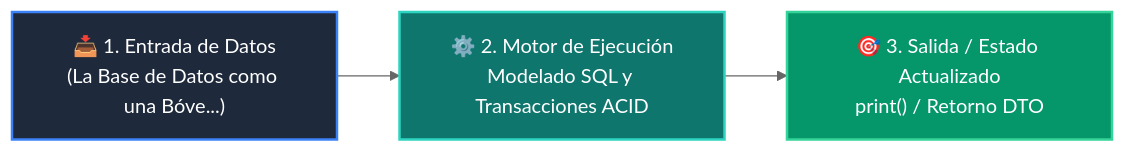
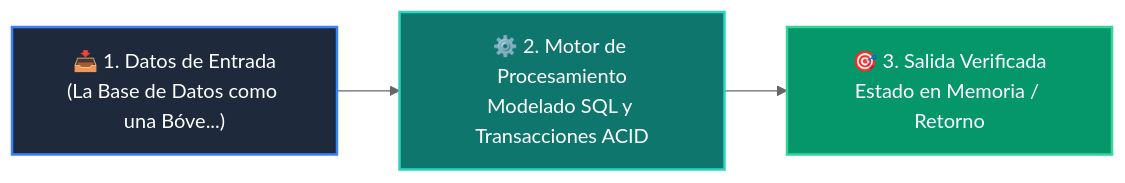
Before and after one commit to wisrovi/wisrovi-python: the diagram in 04-proyecto-final/clase-03-persistencia-sql-transacciones/README.md, drawn with Mermaid (neutral theme). The commit also changed other lines of this file and 226 other files, not shown here.

Commit message:
docs: elevate all repository READMEs to world-class mastery standard with rich pedagogical architecture, custom Mermaids, and professional styling

````diff
--- a/04-proyecto-final/clase-03-persistencia-sql-transacciones/README.md
+++ b/04-proyecto-final/clase-03-persistencia-sql-transacciones/README.md
@@ -12,9 +26,9 @@
 ```mermaid
 flowchart LR
-    A["📥 1. Entrada de Datos<br/>(La Base de Datos como una Bóve...)"] --> B["⚙️ 2. Motor de Ejecución<br/>Modelado SQL y Transacciones ACID"]
-    B --> C["🎯 3. Salida / Estado Actualizado<br/>print() / Retorno DTO"]
+    IN["📥 1. Datos de Entrada<br/>(La Base de Datos como una Bóve...)"] --> ENG["⚙️ 2. Motor de Procesamiento<br/>Modelado SQL y Transacciones ACID"]
+    ENG --> OUT["🎯 3. Salida Verificada<br/>Estado en Memoria / Retorno"]
 
-    style A fill:#1e293b,color:#ffffff,stroke:#3b82f6,stroke-width:2px
-    style B fill:#0f766e,color:#ffffff,stroke:#2dd4bf,stroke-width:2px
-    style C fill:#059669,color:#ffffff,stroke:#34d399,stroke-width:2px
+    style IN fill:#1e293b,color:#ffffff,stroke:#3b82f6,stroke-width:2px
+    style ENG fill:#0f766e,color:#ffffff,stroke:#2dd4bf,stroke-width:2px
+    style OUT fill:#059669,color:#ffffff,stroke:#34d399,stroke-width:2px
 ```
````
